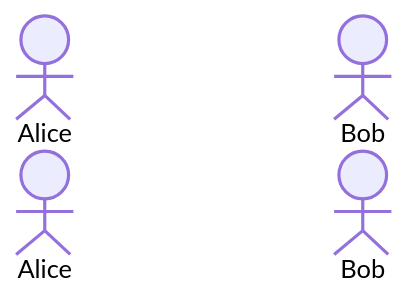
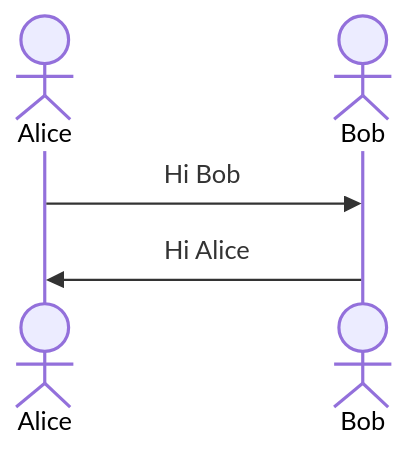
The diagram in docs/day3-4.md (kemjensak/isaac_sim_tutorial), drawn with Mermaid before and after one commit. The commit also changed other lines of this file, not shown here.

````diff
--- a/docs/day3-4.md
+++ b/docs/day3-4.md
@@ -121,6 +121,7 @@
 ```mermaid 
 sequenceDiagram 
-actor Alice
-actor Bob
-
+	actor Alice
+	actor Bob
+	Alice->>Bob: Hi Bob
+	Bob->>Alice: Hi Alice
 ```
````
